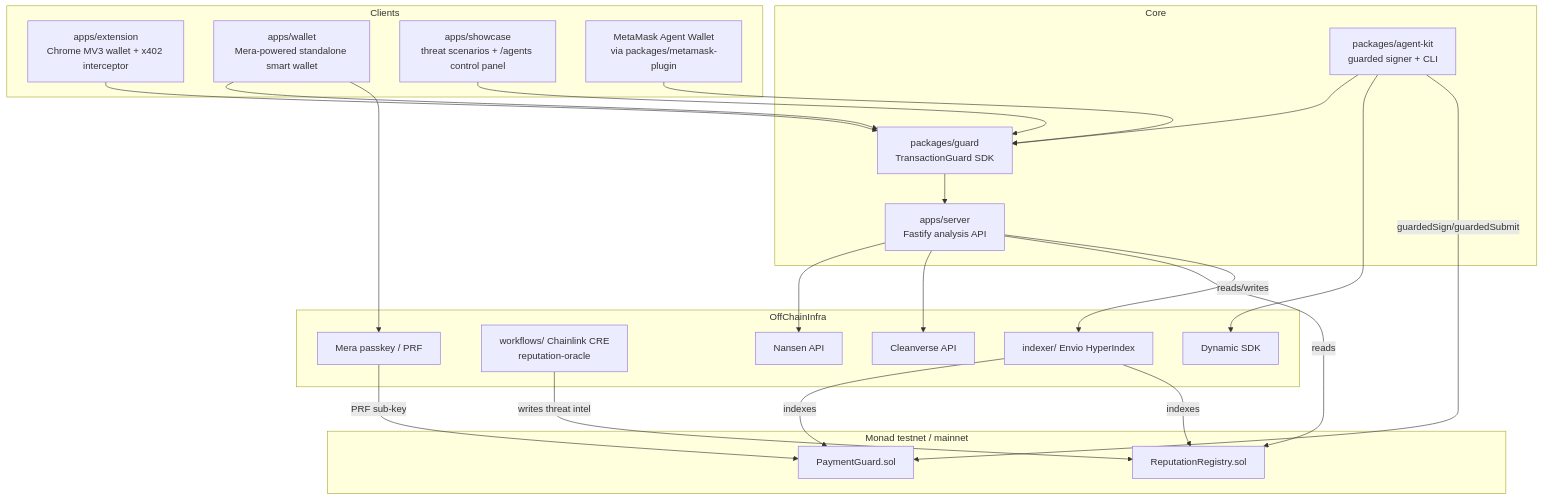
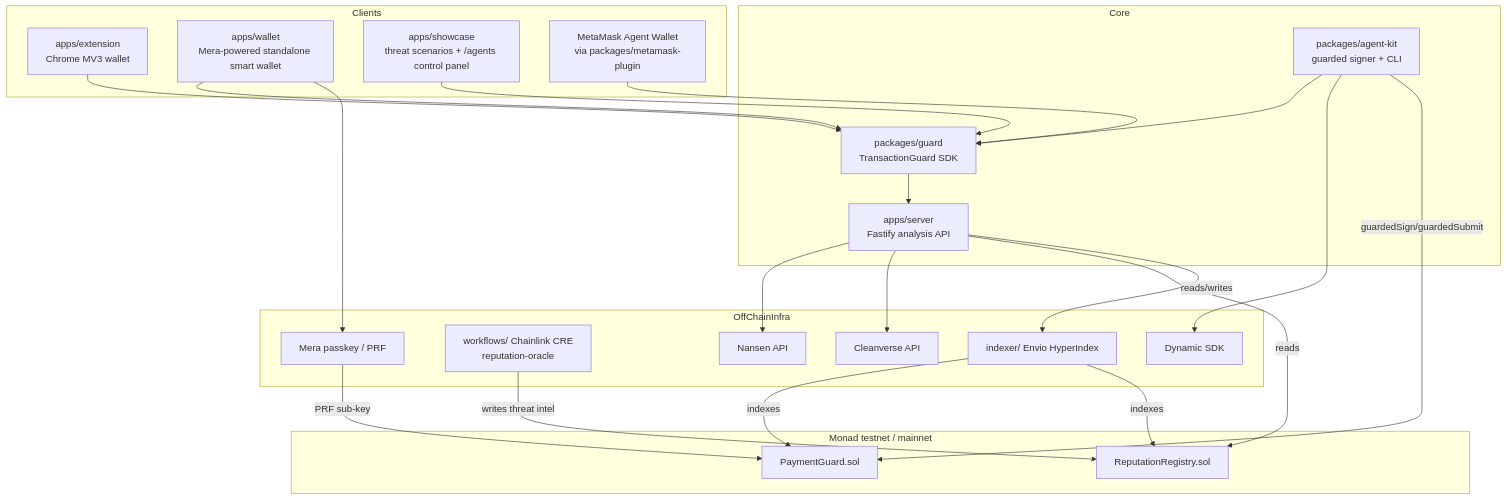
One commit to HackerFetch/Baret-Metropolis changed the diagram in docs/ARCHITECTURE.md. Above: the diagram before and after it, drawn with Mermaid. The commit also changed other lines of this file and 7 other files, not shown here.

````diff
--- a/docs/ARCHITECTURE.md
+++ b/docs/ARCHITECTURE.md
@@ -21,47 +21,47 @@
 ```mermaid
 flowchart TB
     subgraph Clients
-        EXT[apps/extension<br/>Chrome MV3 wallet + x402 interceptor]
+        EXT[apps/extension<br/>Chrome MV3 wallet]
         WAL[apps/wallet<br/>Mera-powered standalone smart wallet]
         SHOW[apps/showcase<br/>threat scenarios + /agents control panel]
         MM[MetaMask Agent Wallet<br/>via packages/metamask-plugin]
     end
 
     subgraph Core
         SDK[packages/guard<br/>TransactionGuard SDK]
         AGENT[packages/agent-kit<br/>guarded signer + CLI]
         API[apps/server<br/>Fastify analysis API]
     end
 
     subgraph OnChain["Monad testnet / mainnet"]
         PG[PaymentGuard.sol]
         RR[ReputationRegistry.sol]
     end
 
     subgraph OffChainInfra
         IDX[indexer/ Envio HyperIndex]
         CRE[workflows/ Chainlink CRE<br/>reputation-oracle]
         NANSEN[Nansen API]
         CLEAN[Cleanverse API]
         DYNAMIC[Dynamic SDK]
         MERA[Mera passkey / PRF]
     end
 
     EXT --> SDK
     WAL --> SDK
     SHOW --> SDK
     MM --> SDK
     AGENT --> SDK
     SDK --> API
     API --> NANSEN
     API --> CLEAN
     API -->|reads| RR
     API -->|reads/writes| IDX
     CRE -->|writes threat intel| RR
     WAL --> MERA
     AGENT --> DYNAMIC
     AGENT -->|guardedSign/guardedSubmit| PG
     MERA -->|PRF sub-key| PG
     IDX -->|indexes| PG
     IDX -->|indexes| RR
 ```
````
